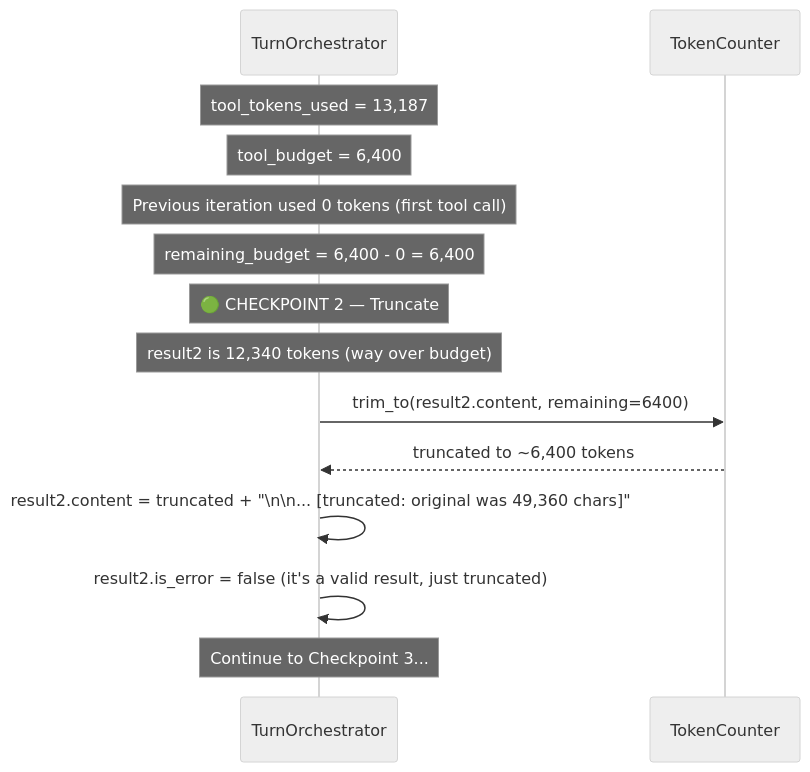
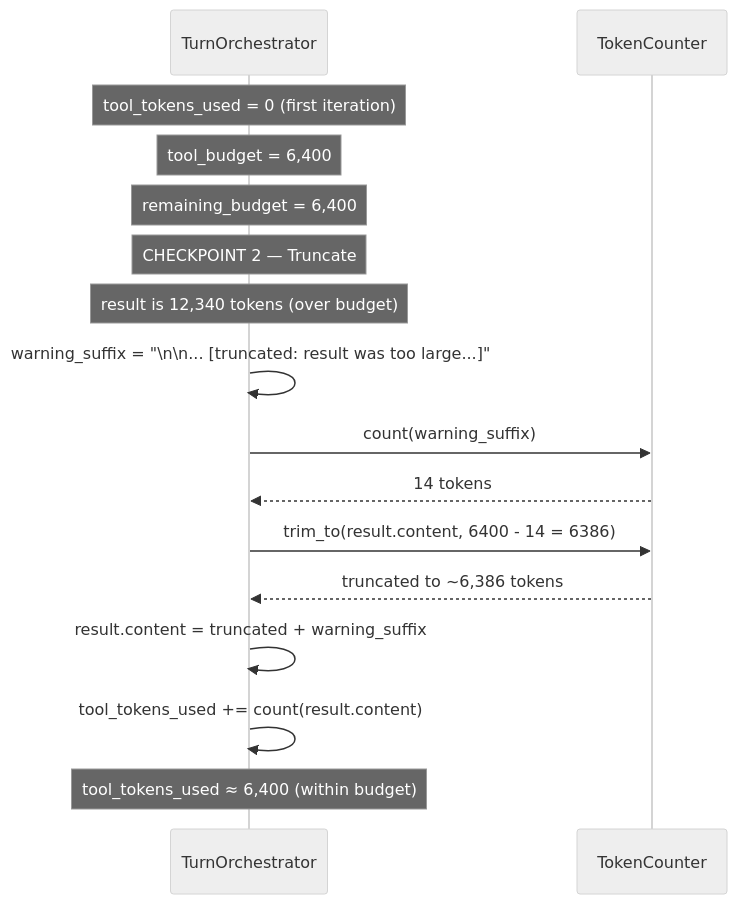
One commit to m1981/kuchnie changed the third of 4 diagrams in kitchen-agent/docs/f01-token-tool-loop.md. Above: the diagram before and after it, drawn with Mermaid (neutral theme). The commit also changed other lines of this file, not shown here.

````diff
--- a/kitchen-agent/docs/f01-token-tool-loop.md
+++ b/kitchen-agent/docs/f01-token-tool-loop.md
@@ -194,20 +134,23 @@
 ```mermaid
 sequenceDiagram
     participant TO as TurnOrchestrator
     participant TC as TokenCounter
 
-    Note over TO: tool_tokens_used = 13,187
+    Note over TO: tool_tokens_used = 0 (first iteration)
     Note over TO: tool_budget = 6,400
-    Note over TO: Previous iteration used 0 tokens (first tool call)
-    Note over TO: remaining_budget = 6,400 - 0 = 6,400
+    Note over TO: remaining_budget = 6,400
 
-    Note over TO: 🟢 CHECKPOINT 2 — Truncate
-    Note over TO: result2 is 12,340 tokens (way over budget)
-    TO->>TC: trim_to(result2.content, remaining=6400)
-    TC-->>TO: truncated to ~6,400 tokens
+    Note over TO: CHECKPOINT 2 — Truncate
+    Note over TO: result is 12,340 tokens (over budget)
 
-    TO->>TO: result2.content = truncated + "\n\n... [truncated: original was 49,360 chars]"
-    TO->>TO: result2.is_error = false (it's a valid result, just truncated)
+    TO->>TO: warning_suffix = "\n\n... [truncated: result was too large...]"
+    TO->>TC: count(warning_suffix)
+    TC-->>TO: 14 tokens
 
-    Note over TO: Continue to Checkpoint 3...
+    TO->>TC: trim_to(result.content, 6400 - 14 = 6386)
+    TC-->>TO: truncated to ~6,386 tokens
+
+    TO->>TO: result.content = truncated + warning_suffix
+    TO->>TO: tool_tokens_used += count(result.content)
+    Note over TO: tool_tokens_used ≈ 6,400 (within budget)
 ```
````
